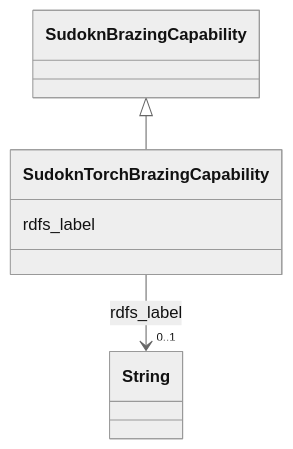
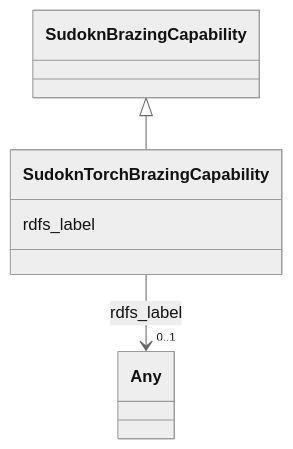
Before and after one commit to frink-okn/graph-descriptions: the diagram in sudokn-kg/classes/SudoknTorchBrazingCapability.md, drawn with Mermaid (neutral theme). The commit also changed other lines of this file and 903 other files, not shown here.

````diff
--- a/sudokn-kg/classes/SudoknTorchBrazingCapability.md
+++ b/sudokn-kg/classes/SudoknTorchBrazingCapability.md
@@ -23,18 +16,18 @@
 ```mermaid
  classDiagram
     class SudoknTorchBrazingCapability
     click SudoknTorchBrazingCapability href "../SudoknTorchBrazingCapability"
       SudoknBrazingCapability <|-- SudoknTorchBrazingCapability
         click SudoknBrazingCapability href "../SudoknBrazingCapability"
       
       SudoknTorchBrazingCapability : rdfs_label
         
           
     
     
-    SudoknTorchBrazingCapability --> "0..1" String : rdfs_label
-    click String href "../String"
+    SudoknTorchBrazingCapability --> "0..1" Any : rdfs_label
+    click Any href "../Any"
 
         
       
 ```
````
